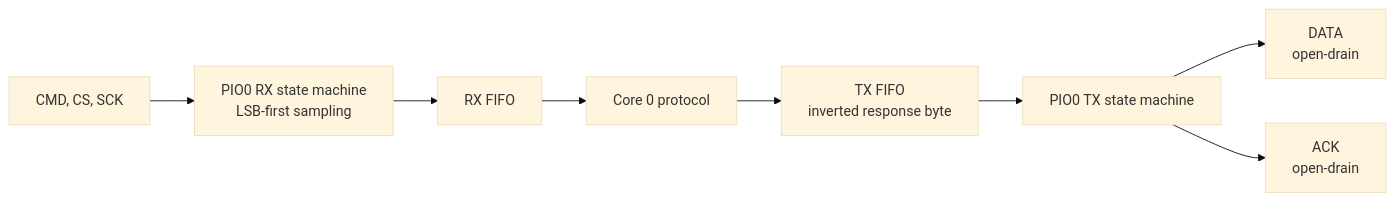
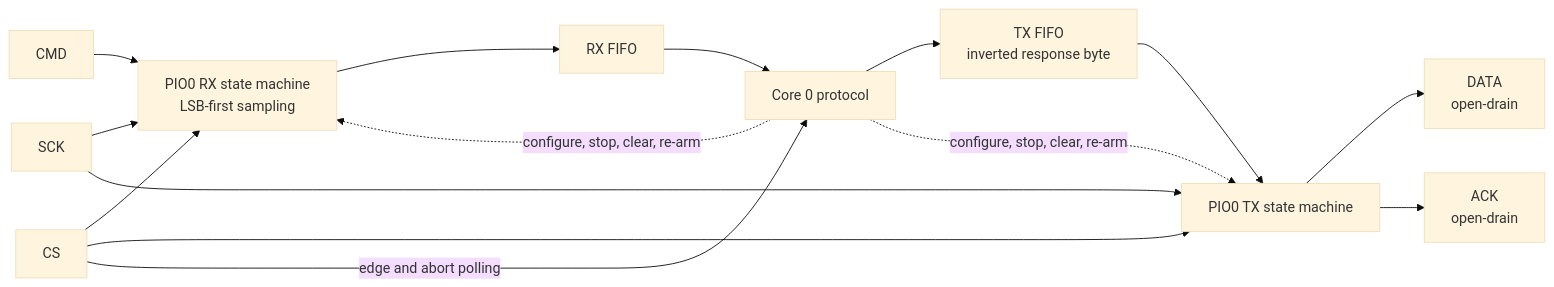
The diagram in docs/ps1-protocol.md (Blachovsky/PS-microCard), drawn with Mermaid (base theme) before and after one commit. The commit also changed 1 other file, not shown here.

````diff
--- a/docs/ps1-protocol.md
+++ b/docs/ps1-protocol.md
@@ -104,10 +104,17 @@
 ```mermaid
 flowchart LR
-    CMD["CMD, CS, SCK"] --> RX["PIO0 RX state machine<br/>LSB-first sampling"]
+    CMD[CMD] --> RX["PIO0 RX state machine<br/>LSB-first sampling"]
+    CS[CS] --> RX
+    SCK[SCK] --> RX
+    CS --> TX["PIO0 TX state machine"]
+    SCK --> TX
     RX --> FIFO_RX["RX FIFO"]
     FIFO_RX --> CPU["Core 0 protocol"]
+    CS -->|"edge and abort polling"| CPU
     CPU --> FIFO_TX["TX FIFO<br/>inverted response byte"]
-    FIFO_TX --> TX["PIO0 TX state machine"]
+    FIFO_TX --> TX
+    CPU -. "configure, stop, clear, re-arm" .-> RX
+    CPU -. "configure, stop, clear, re-arm" .-> TX
     TX --> DATA["DATA<br/>open-drain"]
     TX --> ACK["ACK<br/>open-drain"]
 ```
````
